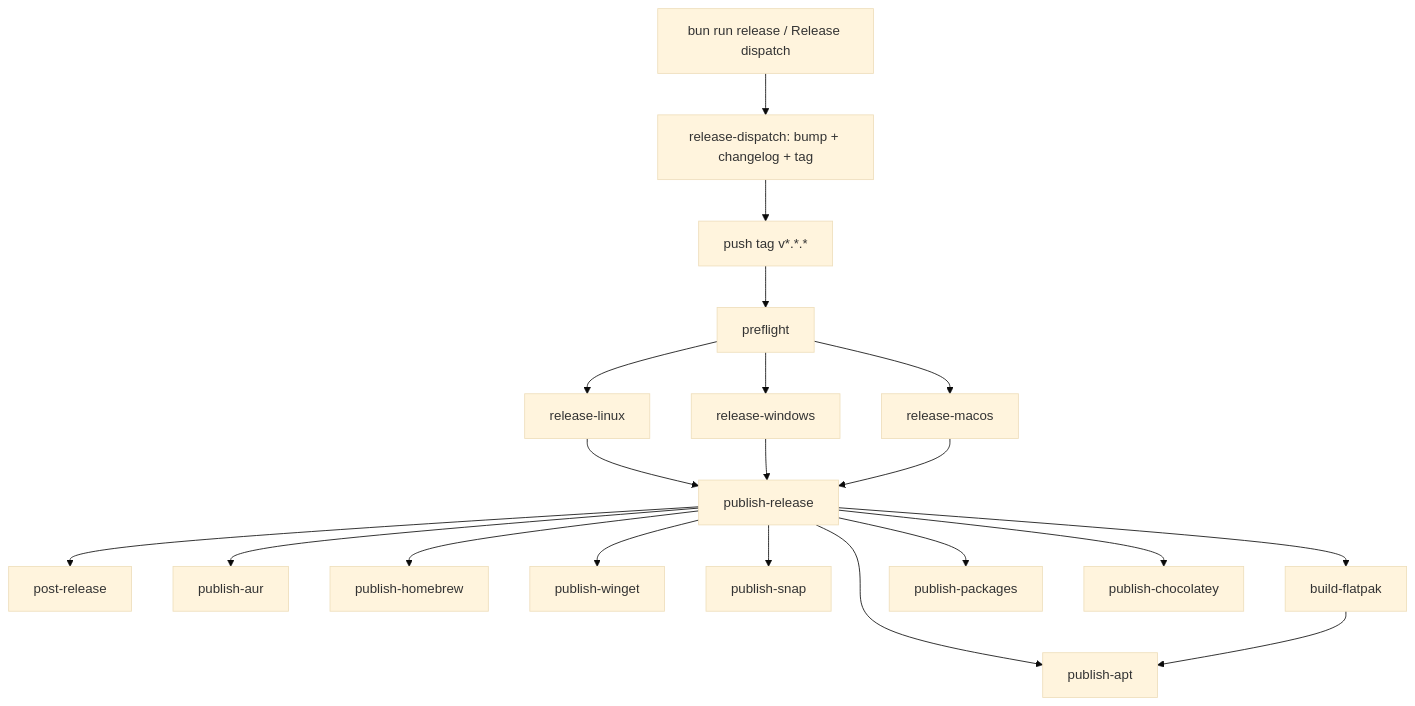
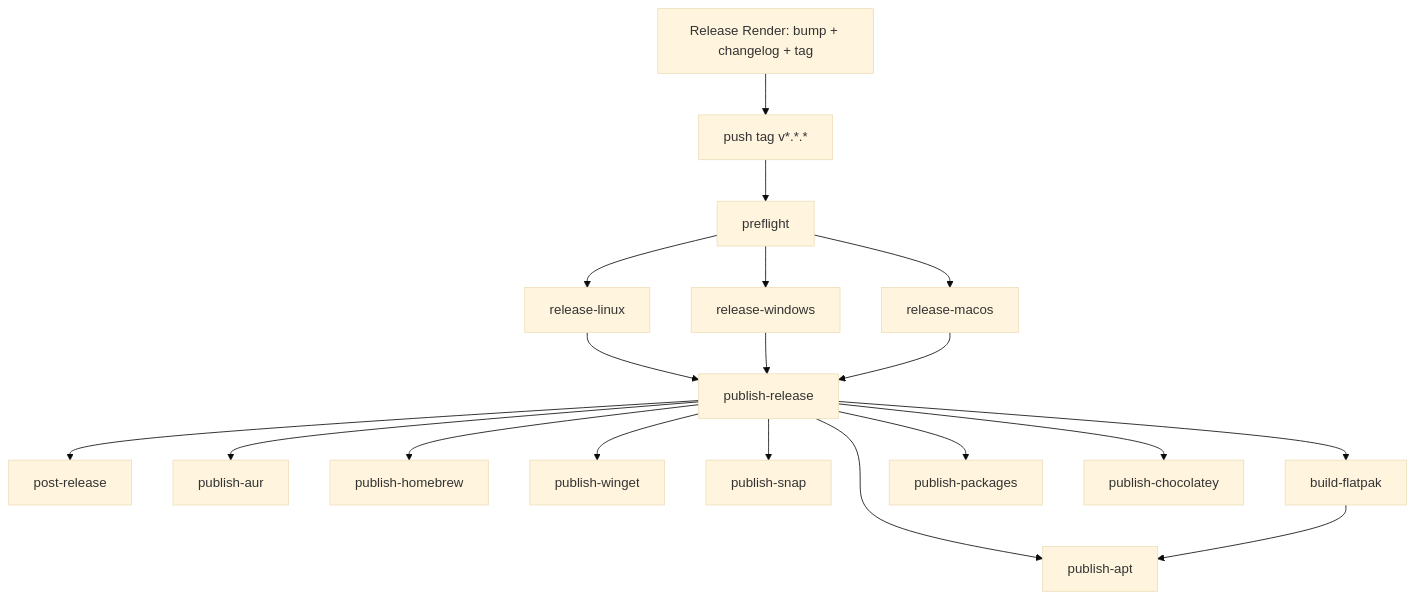
Before and after one commit to remcostoeten/dora: the diagram in docs/distribution/release-guide.md, drawn with Mermaid (base theme). The commit also changed other lines of this file and 12 other files, not shown here.

Commit message:
ci(release): cut releases from Release Render instead of the dispatch workflow (#299)

````diff
--- a/docs/distribution/release-guide.md
+++ b/docs/distribution/release-guide.md
@@ -48,41 +46,40 @@
 ```mermaid
 flowchart TD
-  dispatch["bun run release / Release dispatch"]
-  prepare[release-dispatch: bump + changelog + tag]
+  prepare["Release Render: bump + changelog + tag"]
   tag["push tag v*.*.*"]
   preflight[preflight]
   linux[release-linux]
   windows[release-windows]
   macos[release-macos]
   publish[publish-release]
   post[post-release]
   aur[publish-aur]
   brew[publish-homebrew]
   apt[publish-apt]
   winget[publish-winget]
   snap[publish-snap]
   flatpak[build-flatpak]
   packages[publish-packages]
   choco[publish-chocolatey]
 
-  dispatch --> prepare --> tag
+  prepare --> tag
   tag --> preflight
   preflight --> linux
   preflight --> windows
   preflight --> macos
 
   linux --> publish
   windows --> publish
   macos --> publish
 
   publish --> post
   publish --> aur
   publish --> brew
   publish --> apt
   publish --> winget
   publish --> snap
   publish --> flatpak
   flatpak --> apt
   publish --> packages
   publish --> choco
 ```
````
